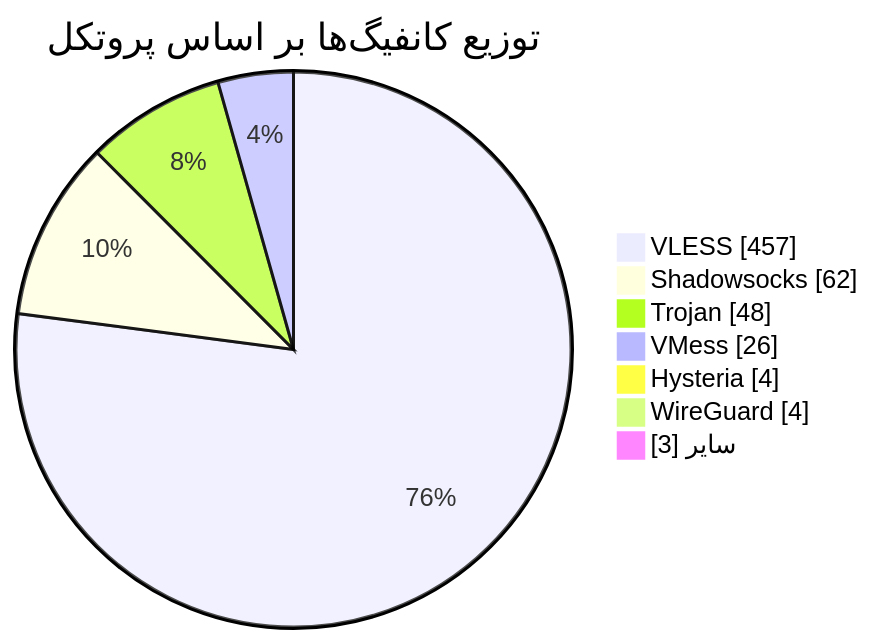
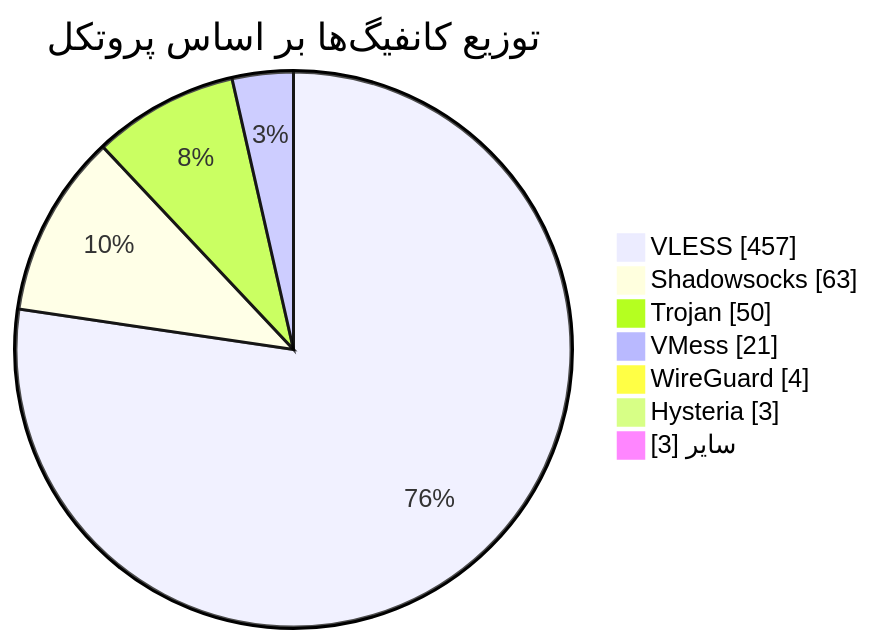
One commit to Arian-Alijani/Somthing changed the diagram in README.md. Above: the diagram before and after it, drawn with Mermaid. The commit also changed other lines of this file and 19 other files, not shown here.

````diff
--- a/README.md
+++ b/README.md
@@ -49,11 +49,11 @@
 ```mermaid
 pie showData
     title توزیع کانفیگ‌ها بر اساس پروتکل
     "VLESS" : 457
-    "Shadowsocks" : 62
-    "Trojan" : 48
-    "VMess" : 26
-    "Hysteria" : 4
+    "Shadowsocks" : 63
+    "Trojan" : 50
+    "VMess" : 21
     "WireGuard" : 4
+    "Hysteria" : 3
     "سایر" : 3
 ```
````
